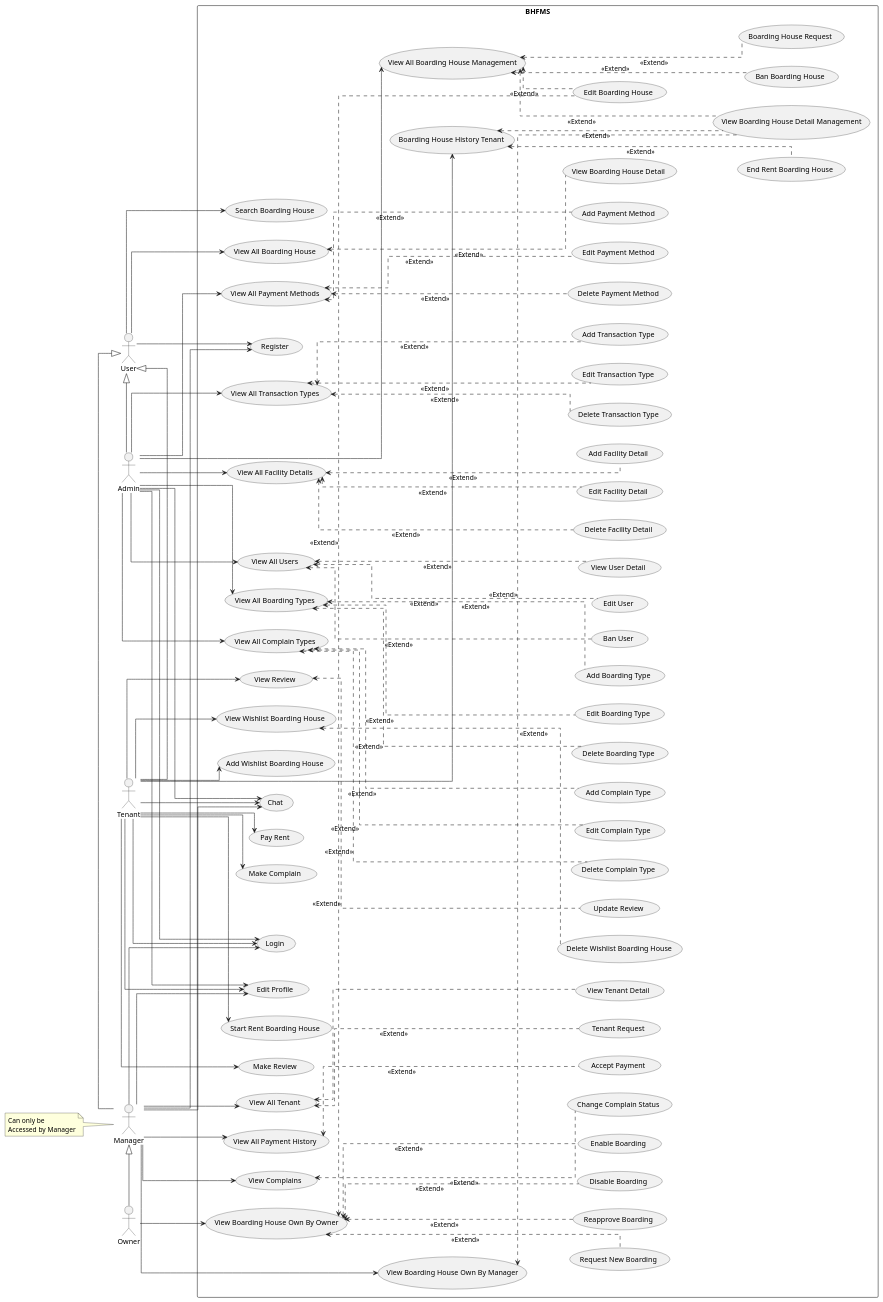
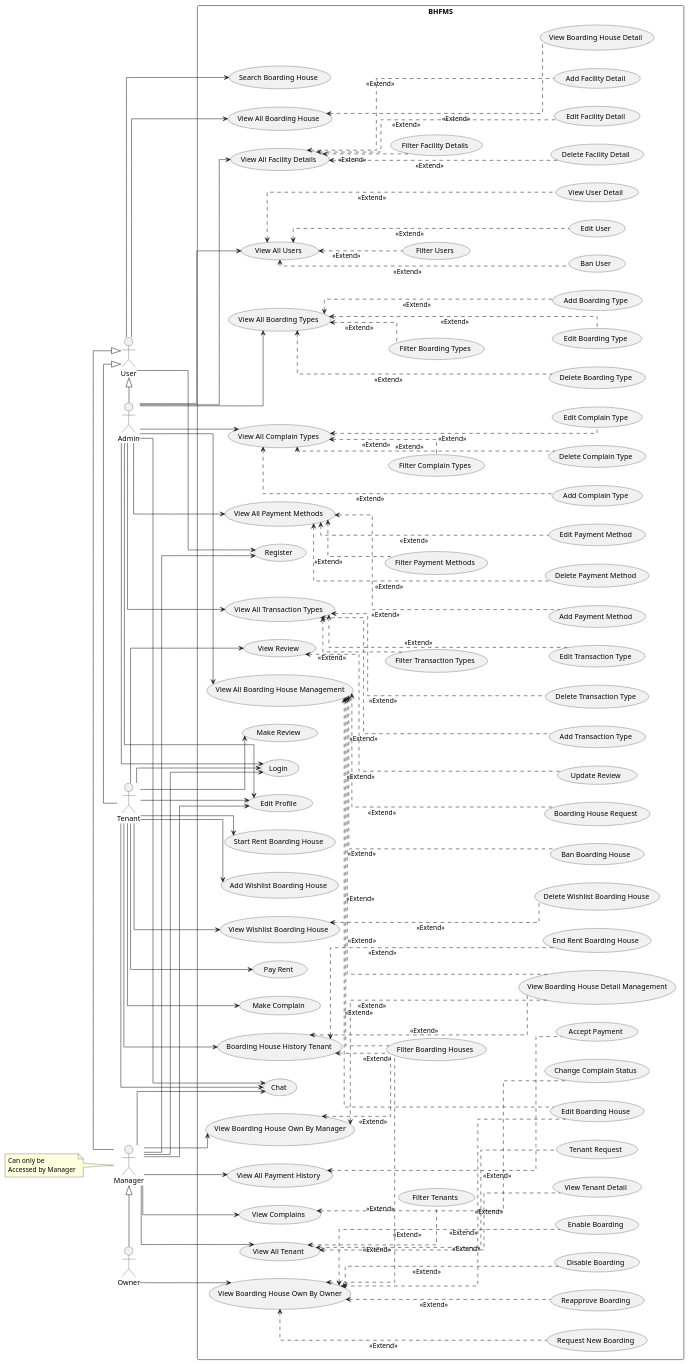
One commit to AntWort21/BHFMS changed the diagram in Design/BHFMS_USE_Case.puml. Above: the diagram before and after it, drawn with PlantUML. The commit also changed 16 other files, not shown here.

Commit message:
Add FIlter to Diagram

```diff
--- a/Design/BHFMS_USE_Case.puml
+++ b/Design/BHFMS_USE_Case.puml
@@ -80,6 +80,17 @@
     
     usecase (View All Payment History) as view_payment
     usecase (Accept Payment) as accpt_payment
+
+
+    usecase (Filter Boarding Houses) as filter_bh
+    usecase (Filter Facility Details) as filter_fcl
+    usecase (Filter Boarding Types) as filter_bh_type
+    usecase (Filter Complain Types) as filter_cmpl_type
+    usecase (Filter Tenants) as filter_tnt
+    usecase (Filter Payment Methods) as filter_pym_mtd
+    usecase (Filter Transaction Types) as filter_tr_typ
+    usecase (Filter Users) as filter_user
+
 }
 
 actor :Owner: as own
@@ -193,4 +204,17 @@
 
 view_tenant <...  accept_tenant: <<Extend>>
 view_tenant <... view_tenant_detail <<Extend>>
+
+' Filters
+view_tenant <.. filter_tnt: <<Extend>>
+view_bh_own_mng <.. filter_bh: <<Extend>>
+view_bh_own_own <.. filter_bh: <<Extend>>
+show_bh_admin <.. filter_bh: <<Extend>>
+view_bh_tenant <.. filter_bh: <<Extend>>
+show_fcl_admin <.. filter_fcl: <<Extend>>
+show_user_admin <.. filter_user: <<Extend>>
+show_btyp_admin <.. filter_bh_type: <<Extend>>
+show_ctyp_admin <.. filter_cmpl_type: <<Extend>>
+show_pymtd_admin <.. filter_pym_mtd: <<Extend>>
+show_ttyp_admin <.. filter_tr_typ: <<Extend>>
 @enduml
```
